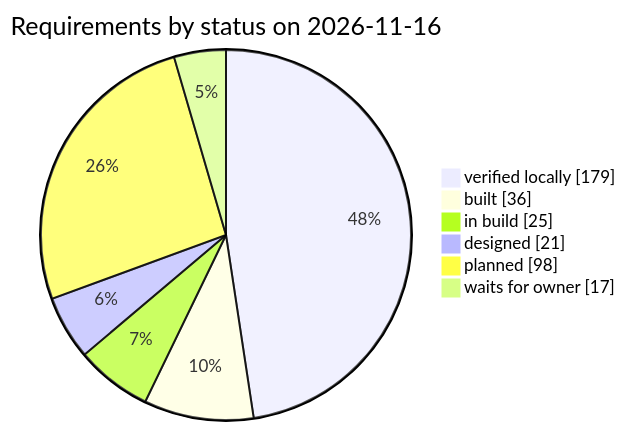
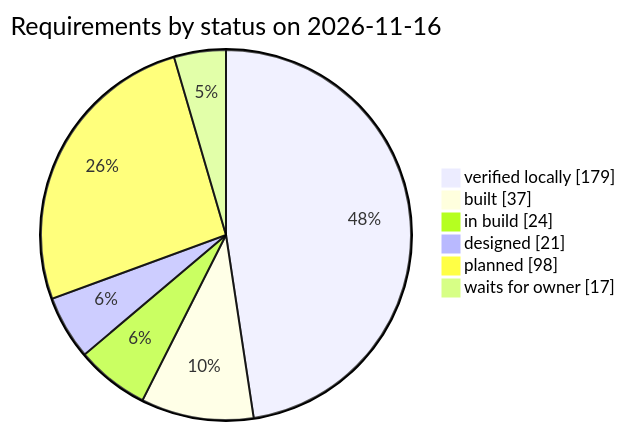
Before and after one commit to qa-io-vn/fnb-manager: the third of 3 diagrams in docs/requirements.md, drawn with Mermaid. The commit also changed other lines of this file and 34 other files, not shown here.

````diff
--- a/docs/requirements.md
+++ b/docs/requirements.md
@@ -982,10 +982,10 @@
 ```mermaid
 pie showData
     title Requirements by status on 2026-11-16
     "verified locally" : 179
-    "built" : 36
-    "in build" : 25
+    "built" : 37
+    "in build" : 24
     "designed" : 21
     "planned" : 98
     "waits for owner" : 17
 ```
````
